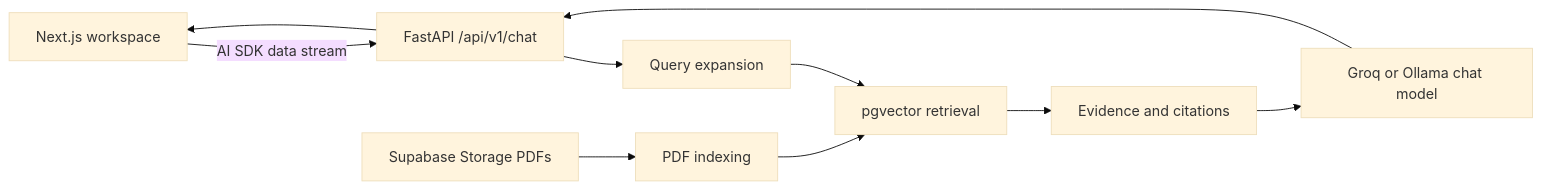
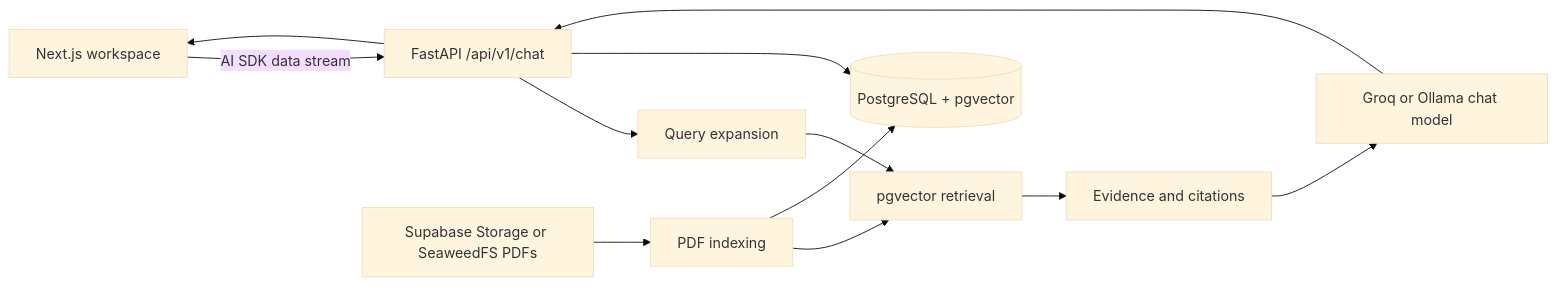
The first of 2 diagrams in README.md (jeanpzh/digemid-farmacite-rag), drawn with Mermaid (base theme) before and after one commit. The commit also changed other lines of this file and 6 other files, not shown here.

````diff
--- a/README.md
+++ b/README.md
@@ -9,12 +9,14 @@
 ```mermaid
 flowchart LR
     Browser[Next.js workspace] -->|AI SDK data stream| API[FastAPI /api/v1/chat]
     API --> Queries[Query expansion]
     Queries --> Search[pgvector retrieval]
     Search --> Context[Evidence and citations]
     Context --> Model[Groq or Ollama chat model]
     Model --> API
     API --> Browser
-    Storage[Supabase Storage PDFs] --> Indexer[PDF indexing]
+    ObjectStore[Supabase Storage or SeaweedFS PDFs] --> Indexer[PDF indexing]
     Indexer --> Search
+    API --> DB[(PostgreSQL + pgvector)]
+    Indexer --> DB
 ```
````
